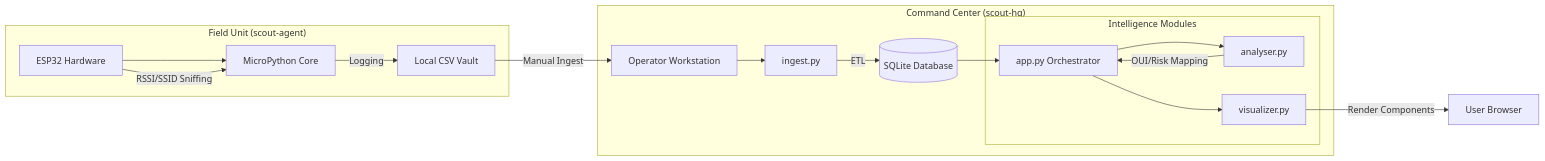
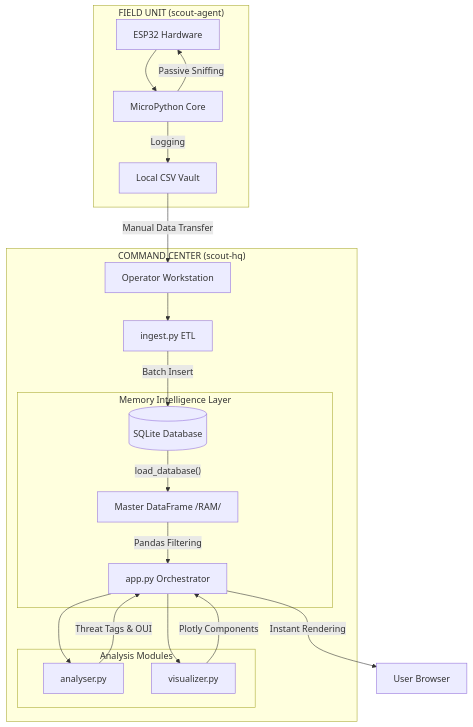
Before and after one commit to GeorgeFreedomTech/Silent-Scout: the diagram in README.md, drawn with Mermaid.

````diff
--- a/README.md
+++ b/README.md
@@ -45,25 +45,30 @@
 ```mermaid
-graph LR;
-    subgraph "Field Unit (scout-agent)"
+graph TD;
+    subgraph "FIELD UNIT (scout-agent)"
         HW[ESP32 Hardware] --> MP[MicroPython Core]
-        MP -- Logging --> SD[Local CSV Vault]
+        MP -- "Passive Sniffing" --> HW
+        MP -- "Logging" --> SD[Local CSV Vault]
     end
 
-    SD -- Manual Ingest --> PC[Operator Workstation]
+    SD -- "Manual Data Transfer" --> PC[Operator Workstation]
 
-    subgraph "Command Center (scout-hq)"
-        PC --> Ingest[ingest.py]
-        Ingest -- ETL --> DB[(SQLite Database)]
-        DB --> Dashboard[app.py Orchestrator]
+    subgraph "COMMAND CENTER (scout-hq)"
+        PC --> Ingest[ingest.py ETL]
+        Ingest -- "Batch Insert" --> DB[(SQLite Database)]
         
-        subgraph "Intelligence Modules"
-            Dashboard --> Analyser[analyser.py]
-            Dashboard --> Viz[visualizer.py]
+        subgraph "Memory Intelligence Layer"
+            DB -- "load_database()" --> Cache[Master DataFrame /RAM/]
+            Cache -- "Pandas Filtering" --> UI[app.py Orchestrator]
+        end
+        
+        subgraph "Analysis Modules"
+            UI --> Analyser[analyser.py]
+            UI --> Viz[visualizer.py]
         end
     end
 
-    %% Flow
-    HW -- RSSI/SSID Sniffing --> MP;
-    Analyser -- OUI/Risk Mapping --> Dashboard;
-    Viz -- Render Components --> User[User Browser];
+    %% User Interaction
+    UI -- "Instant Rendering" --> User[User Browser]
+    Analyser -- "Threat Tags & OUI" --> UI
+    Viz -- "Plotly Components" --> UI
 ```
````
